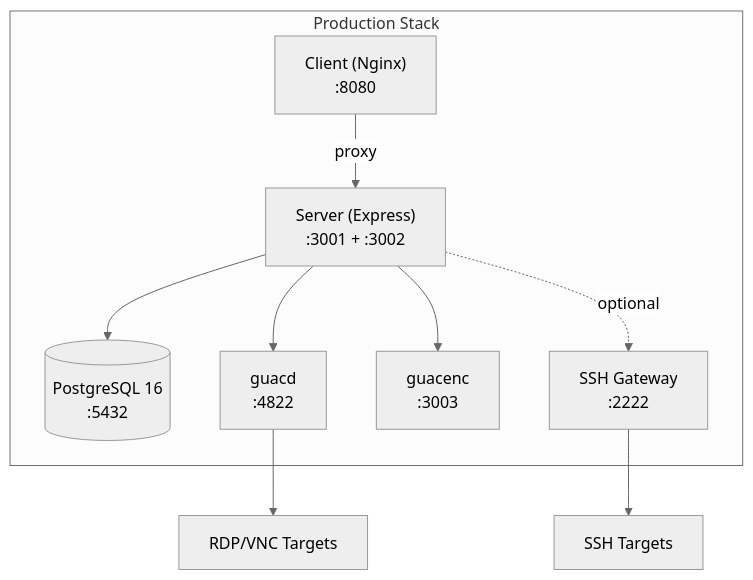
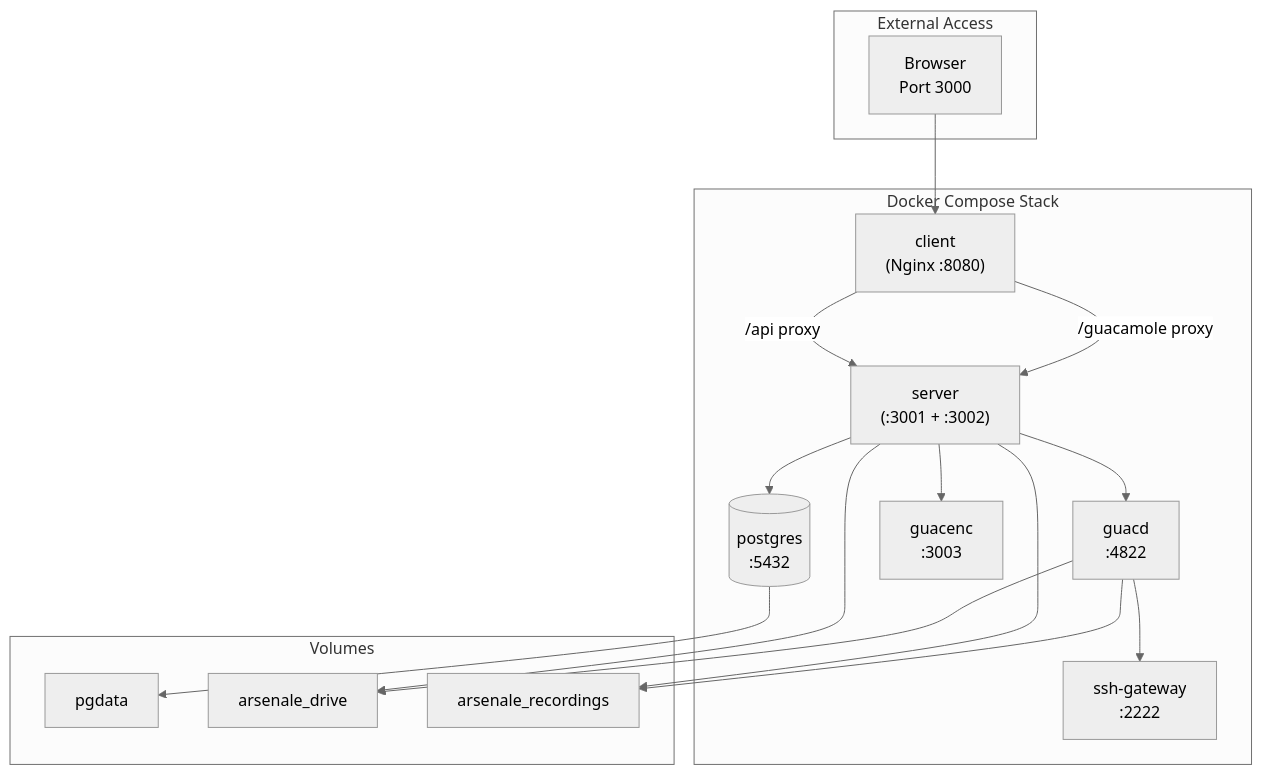
Before and after one commit to dnviti/remote-desktop-manager: the first of 3 diagrams in docs/deployment.md, drawn with Mermaid (neutral theme). The commit also changed other lines of this file and 9 other files, not shown here.

````diff
--- a/docs/deployment.md
+++ b/docs/deployment.md
@@ -29,19 +31,35 @@
 ```mermaid
 flowchart TD
-    subgraph Production Stack
-        Client["Client (Nginx)<br/>:8080"]
-        Server["Server (Express)<br/>:3001 + :3002"]
-        PostgreSQL[(PostgreSQL 16<br/>:5432)]
-        Guacd["guacd<br/>:4822"]
-        Guacenc["guacenc<br/>:3003"]
-        SSHGateway["SSH Gateway<br/>:2222"]
+    subgraph External["External Access"]
+        Browser["Browser<br/>Port 3000"]
     end
 
-    Client -->|proxy| Server
-    Server --> PostgreSQL
-    Server --> Guacd
-    Server --> Guacenc
-    Server -.->|optional| SSHGateway
-    Guacd --> RDP/VNC[RDP/VNC Targets]
-    SSHGateway --> SSH[SSH Targets]
+    subgraph Stack["Docker Compose Stack"]
+        Client["client<br/>(Nginx :8080)"]
+        Server["server<br/>(:3001 + :3002)"]
+        Postgres[(postgres<br/>:5432)]
+        GuacD["guacd<br/>:4822"]
+        GuacEnc["guacenc<br/>:3003"]
+        SSHGw["ssh-gateway<br/>:2222"]
+    end
+
+    Browser --> Client
+    Client -->|/api proxy| Server
+    Client -->|/guacamole proxy| Server
+    Server --> Postgres
+    Server --> GuacD
+    Server --> GuacEnc
+    GuacD --> SSHGw
+
+    subgraph Volumes
+        pgdata["pgdata"]
+        drive["arsenale_drive"]
+        recordings["arsenale_recordings"]
+    end
+
+    Postgres --> pgdata
+    Server --> drive
+    Server --> recordings
+    GuacD --> drive
+    GuacD --> recordings
 ```
````
